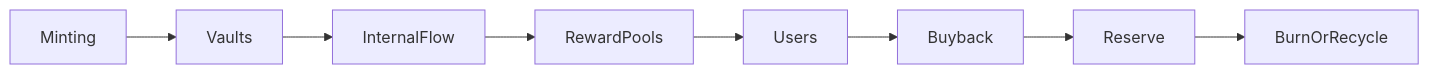
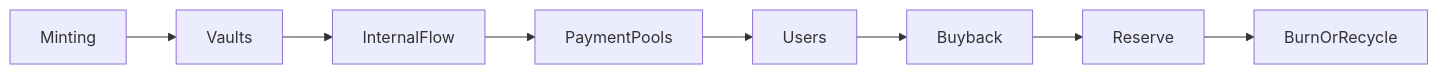
Before and after one commit to Aros-Technology-Studio/AST-Aros-Financial-Paradigm: the diagram in 04_aros_value_circulation/value_circulation_overview.md, drawn with Mermaid. The commit also changed other lines of this file and 29 other files, not shown here.

````diff
--- a/04_aros_value_circulation/value_circulation_overview.md
+++ b/04_aros_value_circulation/value_circulation_overview.md
@@ -46,10 +46,10 @@
 ```mermaid
 flowchart LR
     Minting --> Vaults
     Vaults --> InternalFlow
-    InternalFlow --> RewardPools
-    RewardPools --> Users
+    InternalFlow --> PaymentPools
+    PaymentPools --> Users
     Users --> Buyback
     Buyback --> Reserve
     Reserve --> BurnOrRecycle
 ```
````
